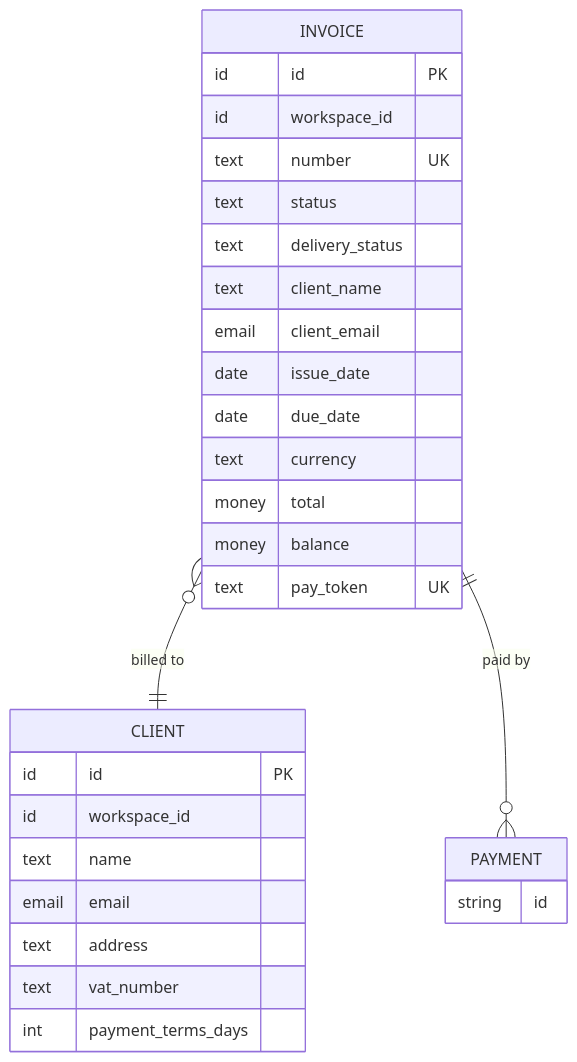
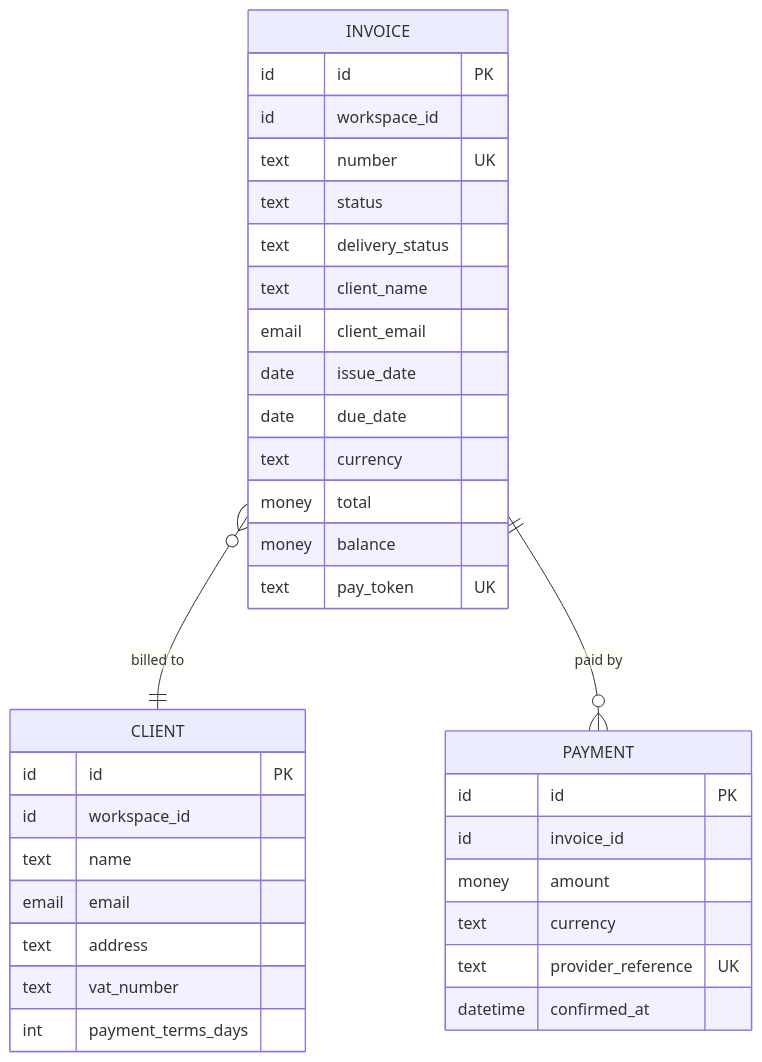
Before and after one commit to elendil-tech/magik-harness: the second of 2 diagrams in product-definition-system/examples/ledgerly/views/specs/FEAT-draft-invoice.md, drawn with Mermaid. The commit also changed other lines of this file and 27 other files, not shown here.

````diff
--- a/product-definition-system/examples/ledgerly/views/specs/FEAT-draft-invoice.md
+++ b/product-definition-system/examples/ledgerly/views/specs/FEAT-draft-invoice.md
@@ -83,32 +83,37 @@
 ```mermaid
 erDiagram
   INVOICE {
     id id PK
     id workspace_id
     text number UK
     text status
     text delivery_status
     text client_name
     email client_email
     date issue_date
     date due_date
     text currency
     money total
     money balance
     text pay_token UK
   }
   CLIENT {
     id id PK
     id workspace_id
     text name
     email email
     text address
     text vat_number
     int payment_terms_days
   }
   PAYMENT {
-    string id
+    id id PK
+    id invoice_id
+    money amount
+    text currency
+    text provider_reference UK
+    datetime confirmed_at
   }
   INVOICE }o--|| CLIENT : "billed to"
   INVOICE ||--o{ PAYMENT : "paid by"
 ```
````
